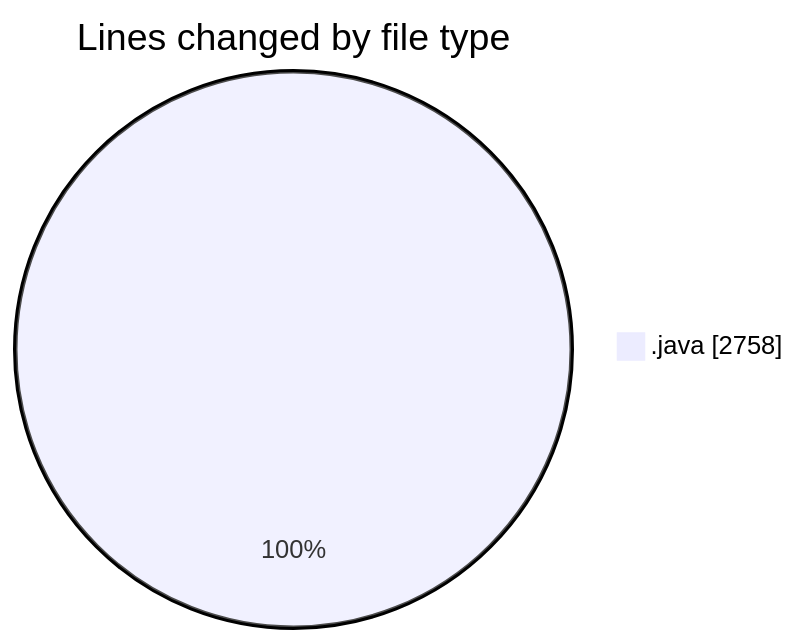
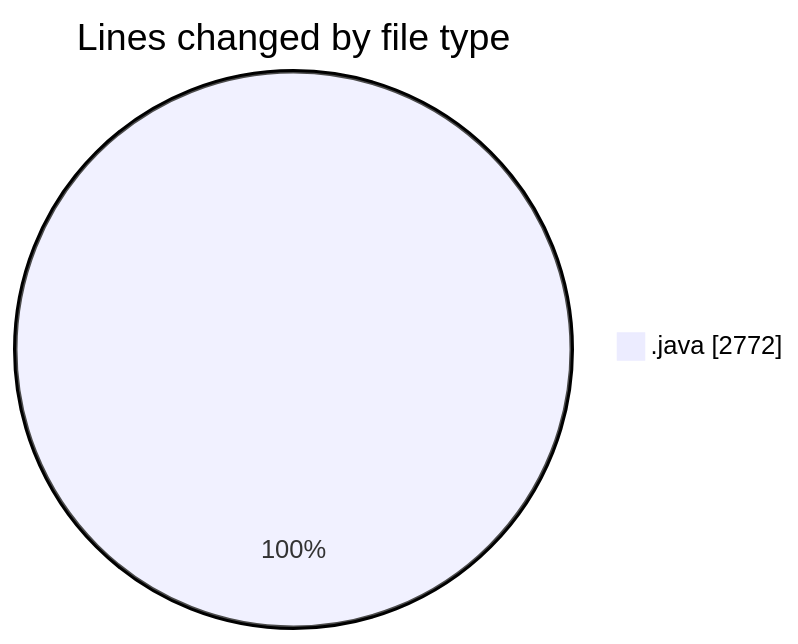
One commit to Elitesun/code-tracking changed the first of 2 diagrams in 2025-02-21/projet/README.md. Above: the diagram before and after it, drawn with Mermaid. The commit also changed other lines of this file and 1 other file, not shown here.

````diff
--- a/2025-02-21/projet/README.md
+++ b/2025-02-21/projet/README.md
@@ -31,5 +31,5 @@
 ```mermaid
 pie showData
 title Lines changed by file type
-".java" : 2758
+".java" : 2772
 ```
````
